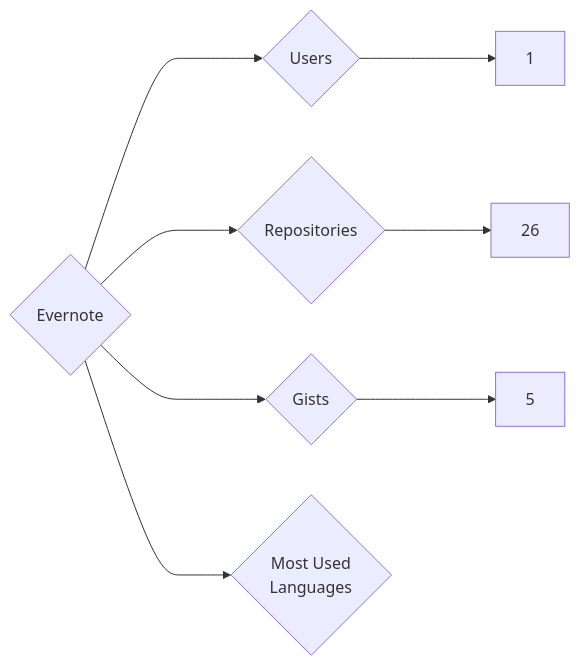
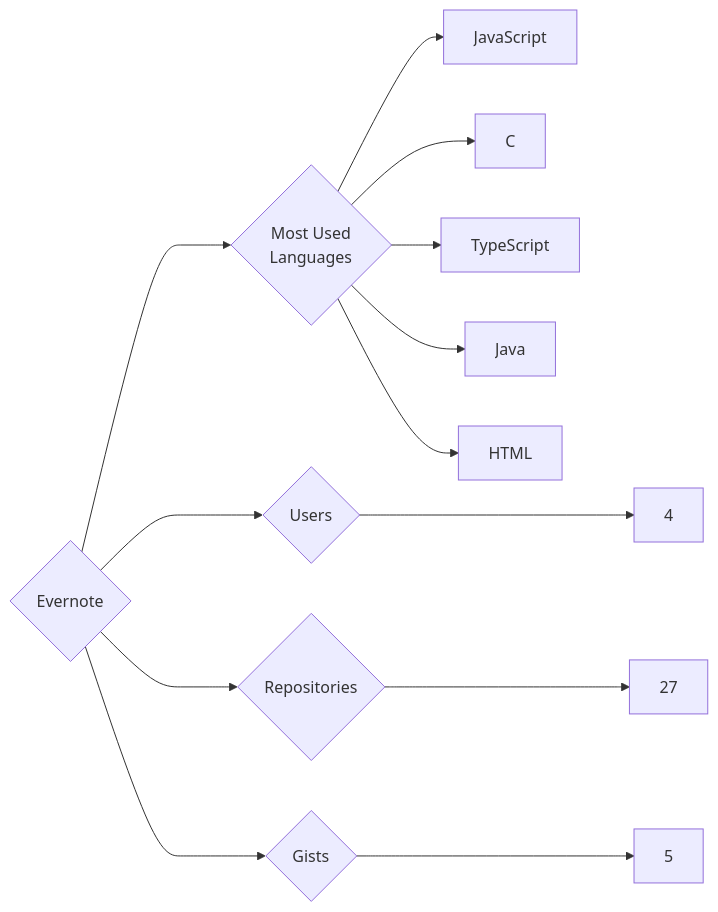
One commit to trickest/insiders changed the diagram in targets/Evernote/README.md. Above: the diagram before and after it, drawn with Mermaid. The commit also changed 912 other files, not shown here.

````diff
--- a/targets/Evernote/README.md
+++ b/targets/Evernote/README.md
@@ -3,8 +3,13 @@
 ```mermaid
 graph LR
 COMPANY_NAME{Evernote}
-COMPANY_NAME ---> U{Users} ---> UN[1]
-COMPANY_NAME ---> R{Repositories} ---> RN[26]
+COMPANY_NAME ---> U{Users} ---> UN[4]
+COMPANY_NAME ---> R{Repositories} ---> RN[27]
 COMPANY_NAME ---> G{Gists} ---> GN[5]
 COMPANY_NAME ---> ML{Most Used<br>Languages}
+ML --> JavaScript[JavaScript]
+ML --> C[C]
+ML --> TypeScript[TypeScript]
+ML --> Java[Java]
+ML --> HTML[HTML]
 ```
````
